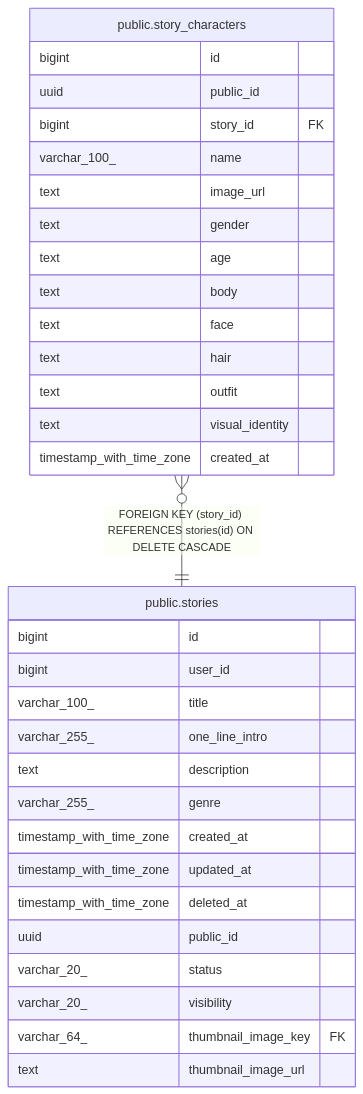
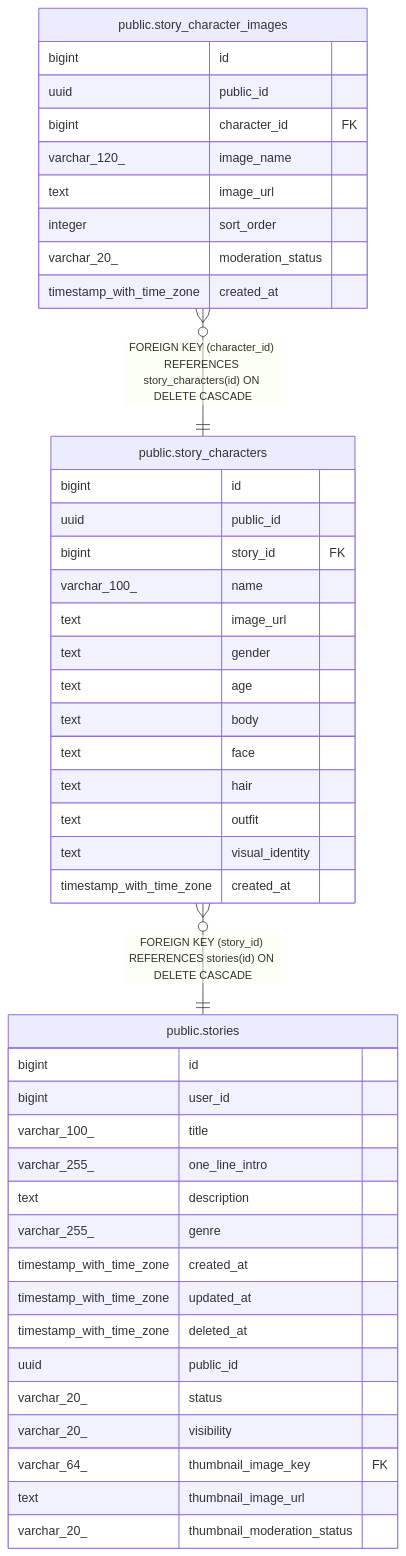
Before and after one commit to KIM-N-KANG/manyak-server: the diagram in dbdoc/public.story_characters.md, drawn with Mermaid. The commit also changed other lines of this file and 41 other files, not shown here.

````diff
--- a/dbdoc/public.story_characters.md
+++ b/dbdoc/public.story_characters.md
@@ -40,37 +40,49 @@
 ```mermaid
 erDiagram
 
+"public.story_character_images" }o--|| "public.story_characters" : "FOREIGN KEY (character_id) REFERENCES story_characters(id) ON DELETE CASCADE"
 "public.story_characters" }o--|| "public.stories" : "FOREIGN KEY (story_id) REFERENCES stories(id) ON DELETE CASCADE"
 
 "public.story_characters" {
   bigint id
   uuid public_id
   bigint story_id FK
   varchar_100_ name
   text image_url
   text gender
   text age
   text body
   text face
   text hair
   text outfit
   text visual_identity
   timestamp_with_time_zone created_at
 }
+"public.story_character_images" {
+  bigint id
+  uuid public_id
+  bigint character_id FK
+  varchar_120_ image_name
+  text image_url
+  integer sort_order
+  varchar_20_ moderation_status
+  timestamp_with_time_zone created_at
+}
 "public.stories" {
   bigint id
   bigint user_id
   varchar_100_ title
   varchar_255_ one_line_intro
   text description
   varchar_255_ genre
   timestamp_with_time_zone created_at
   timestamp_with_time_zone updated_at
   timestamp_with_time_zone deleted_at
   uuid public_id
   varchar_20_ status
   varchar_20_ visibility
   varchar_64_ thumbnail_image_key FK
   text thumbnail_image_url
+  varchar_20_ thumbnail_moderation_status
 }
 ```
````
